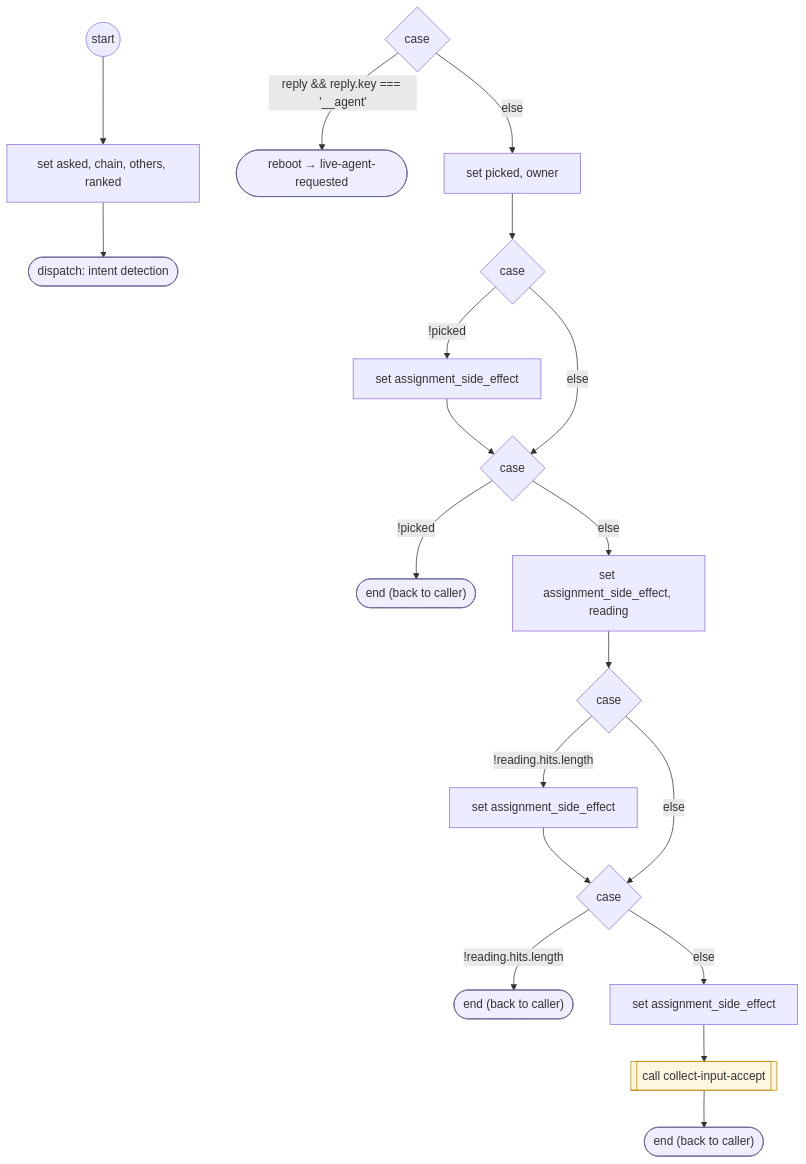
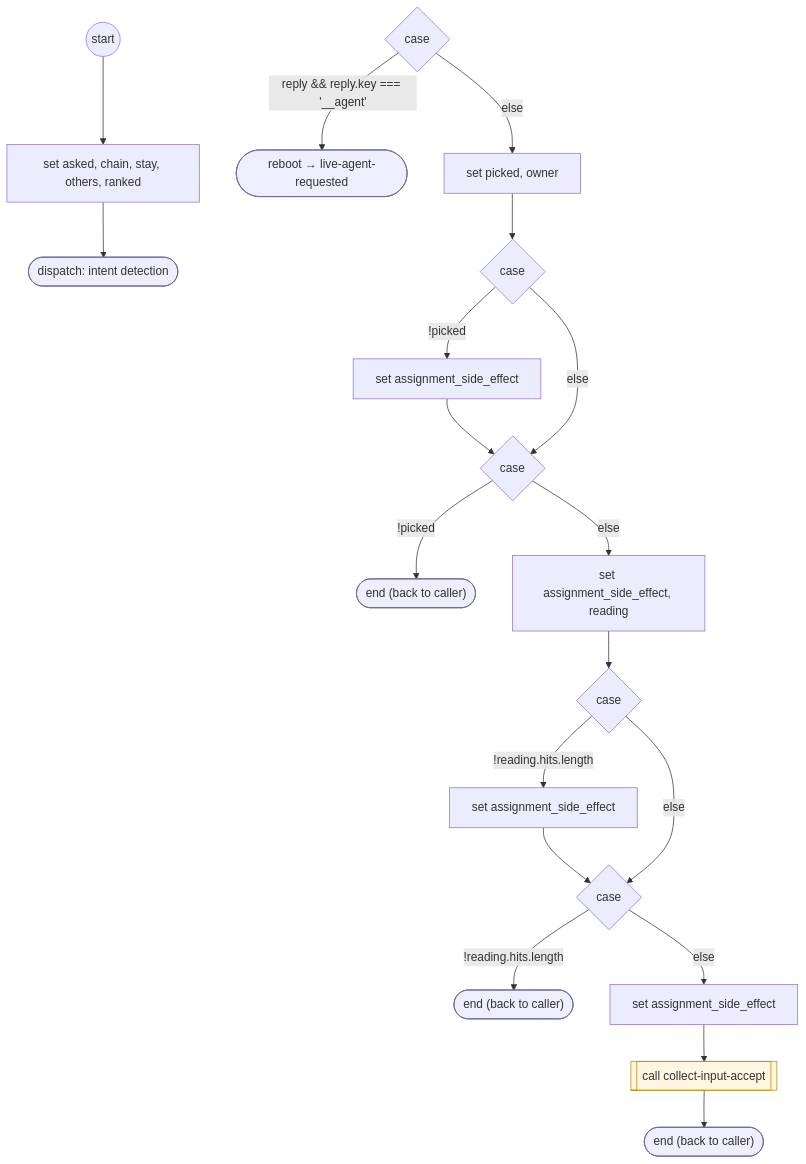
The diagram in docs/flows/system/read-form-choice.md (ronpinkas/jsfe), drawn with Mermaid before and after one commit. The commit also changed 9 other files, not shown here.

````diff
--- a/docs/flows/system/read-form-choice.md
+++ b/docs/flows/system/read-form-choice.md
@@ -21,49 +21,49 @@
 ```mermaid
 flowchart TD
    START(("start"))
-   n0["set asked, chain, others, ranked"]
+   n0["set asked, chain, stay, others, ranked"]
    START --> n0
    n1(["dispatch: intent detection"])
    class n1 endstep
    n0 --> n1
    c2{"case"}
    b3(["reboot → live-agent-requested"])
    class b3 endstep
    c2 -- "reply && reply.key === '__agent'" --> b3
    n4["set picked, owner"]
    c2 -- "else" --> n4
    c5{"case"}
    n4 --> c5
    b6["set assignment_side_effect"]
    c5 -- "!picked" --> b6
    c7{"case"}
    b6 --> c7
    c5 -- "else" --> c7
    b8(["end (back to caller)"])
    class b8 endstep
    c7 -- "!picked" --> b8
    n9["set assignment_side_effect, reading"]
    c7 -- "else" --> n9
    c10{"case"}
    n9 --> c10
    b11["set assignment_side_effect"]
    c10 -- "!reading.hits.length" --> b11
    c12{"case"}
    b11 --> c12
    c10 -- "else" --> c12
    b13(["end (back to caller)"])
    class b13 endstep
    c12 -- "!reading.hits.length" --> b13
    n14["set assignment_side_effect"]
    c12 -- "else" --> n14
    n15[["call collect-input-accept"]]
    class n15 flowstep
    n14 --> n15
    DONE(["end (back to caller)"])
    class DONE endstep
    n15 --> DONE
    classDef endstep fill:#eef,stroke:#669
    classDef toolstep fill:#efe,stroke:#696
    classDef flowstep fill:#fef6e0,stroke:#b80
    classDef inputstep fill:#f3eefc,stroke:#75a
 ```
````
